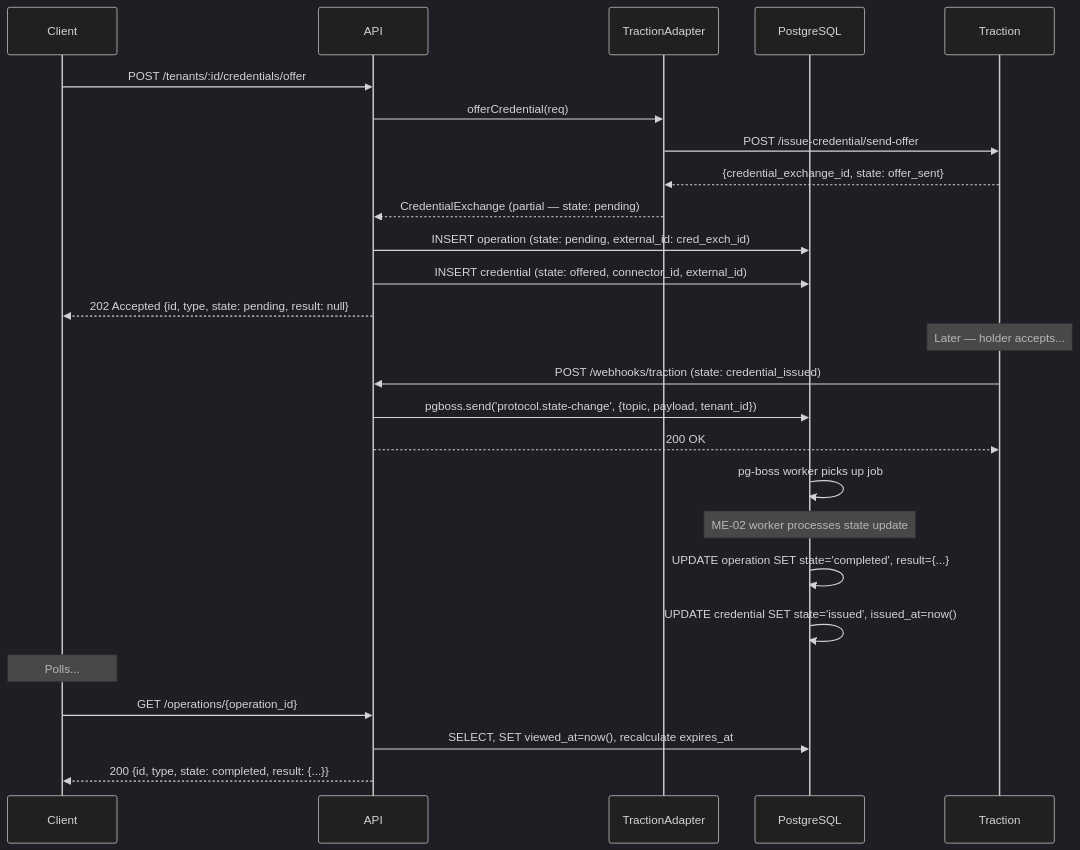
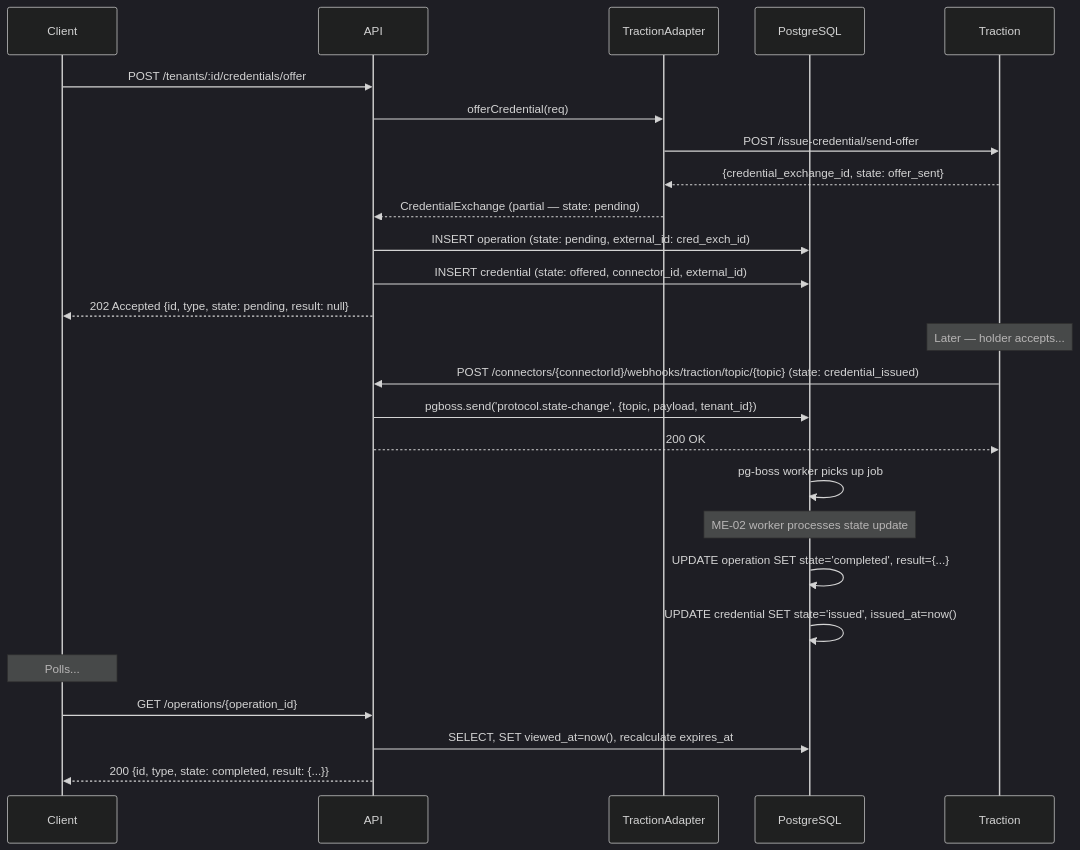
The tenth of 22 diagrams in docs/ARCHITECTURE.md (bcgov/digital-trust-common-service), drawn with Mermaid (dark theme) before and after one commit. The commit also changed 30 other files, not shown here.

````diff
--- a/docs/ARCHITECTURE.md
+++ b/docs/ARCHITECTURE.md
@@ -808,31 +808,31 @@
 ```mermaid
 sequenceDiagram
     participant Client
     participant API
     participant Adapter as TractionAdapter
     participant DB as PostgreSQL
     participant Traction
 
     Client->>API: POST /tenants/:id/credentials/offer
     API->>Adapter: offerCredential(req)
     Adapter->>Traction: POST /issue-credential/send-offer
     Traction-->>Adapter: {credential_exchange_id, state: offer_sent}
     Adapter-->>API: CredentialExchange (partial — state: pending)
     API->>DB: INSERT operation (state: pending, external_id: cred_exch_id)
     API->>DB: INSERT credential (state: offered, connector_id, external_id)
     API-->>Client: 202 Accepted {id, type, state: pending, result: null}
 
     Note over Traction: Later — holder accepts...
 
-    Traction->>API: POST /webhooks/traction (state: credential_issued)
+    Traction->>API: POST /connectors/{connectorId}/webhooks/traction/topic/{topic} (state: credential_issued)
     API->>DB: pgboss.send('protocol.state-change', {topic, payload, tenant_id})
     API-->>Traction: 200 OK
     DB->>DB: pg-boss worker picks up job
     Note over DB: ME-02 worker processes state update
     DB->>DB: UPDATE operation SET state='completed', result={...}
     DB->>DB: UPDATE credential SET state='issued', issued_at=now()
     Note over Client: Polls...
     Client->>API: GET /operations/{operation_id}
     API->>DB: SELECT, SET viewed_at=now(), recalculate expires_at
     API-->>Client: 200 {id, type, state: completed, result: {...}}
 ```
````
